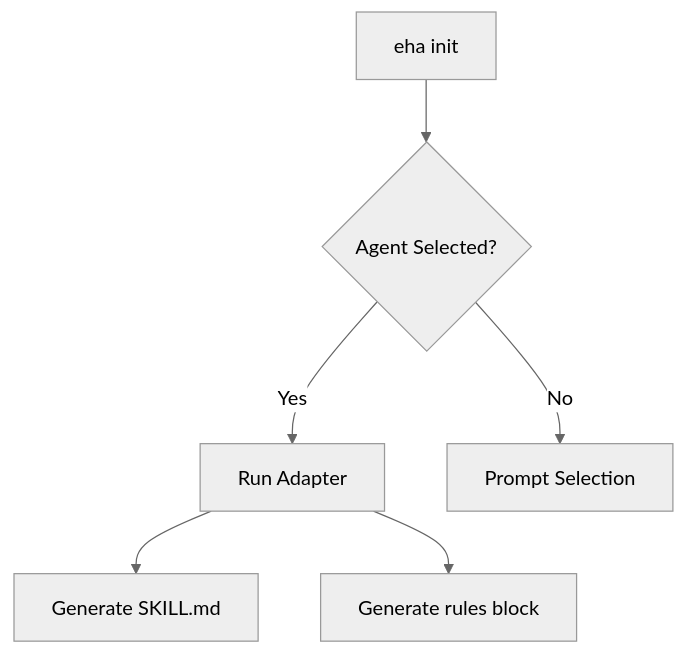
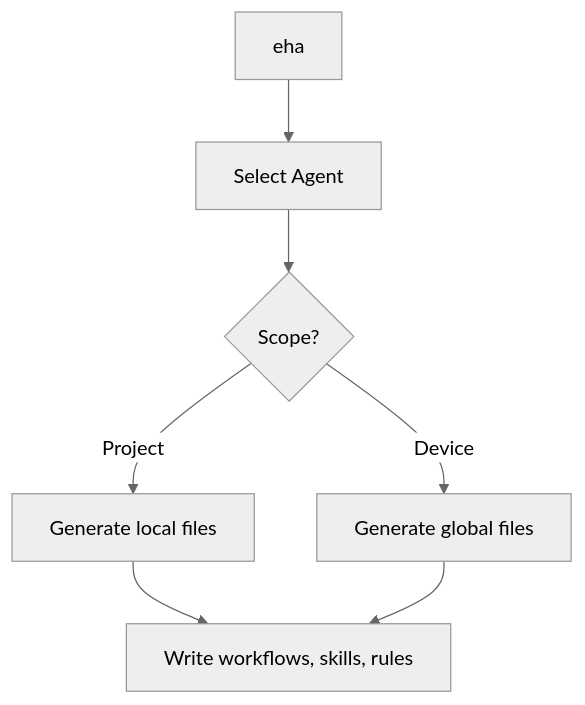
One commit to SallMarta/eye-hate-agent changed the second of 2 diagrams in docs/project-docs/foundation/prd.md. Above: the diagram before and after it, drawn with Mermaid (neutral theme). The commit also changed other lines of this file and 14 other files, not shown here.

````diff
--- a/docs/project-docs/foundation/prd.md
+++ b/docs/project-docs/foundation/prd.md
@@ -65,8 +66,9 @@
 ```mermaid
 flowchart TD
-    A[eha init] --> B{Agent Selected?}
-    B -- Yes --> C[Run Adapter]
-    B -- No --> D[Prompt Selection]
-    C --> E[Generate SKILL.md]
-    C --> F[Generate rules block]
+    A[eha] --> B[Select Agent]
+    B --> C{Scope?}
+    C -- Project --> D[Generate local files]
+    C -- Device --> E[Generate global files]
+    D --> F[Write workflows, skills, rules]
+    E --> F
 ```
````
